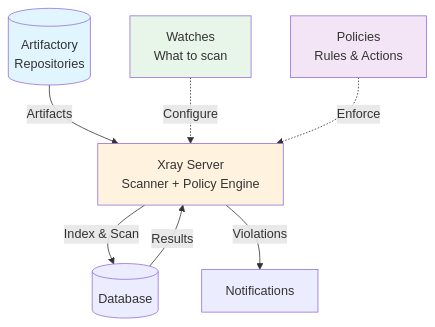
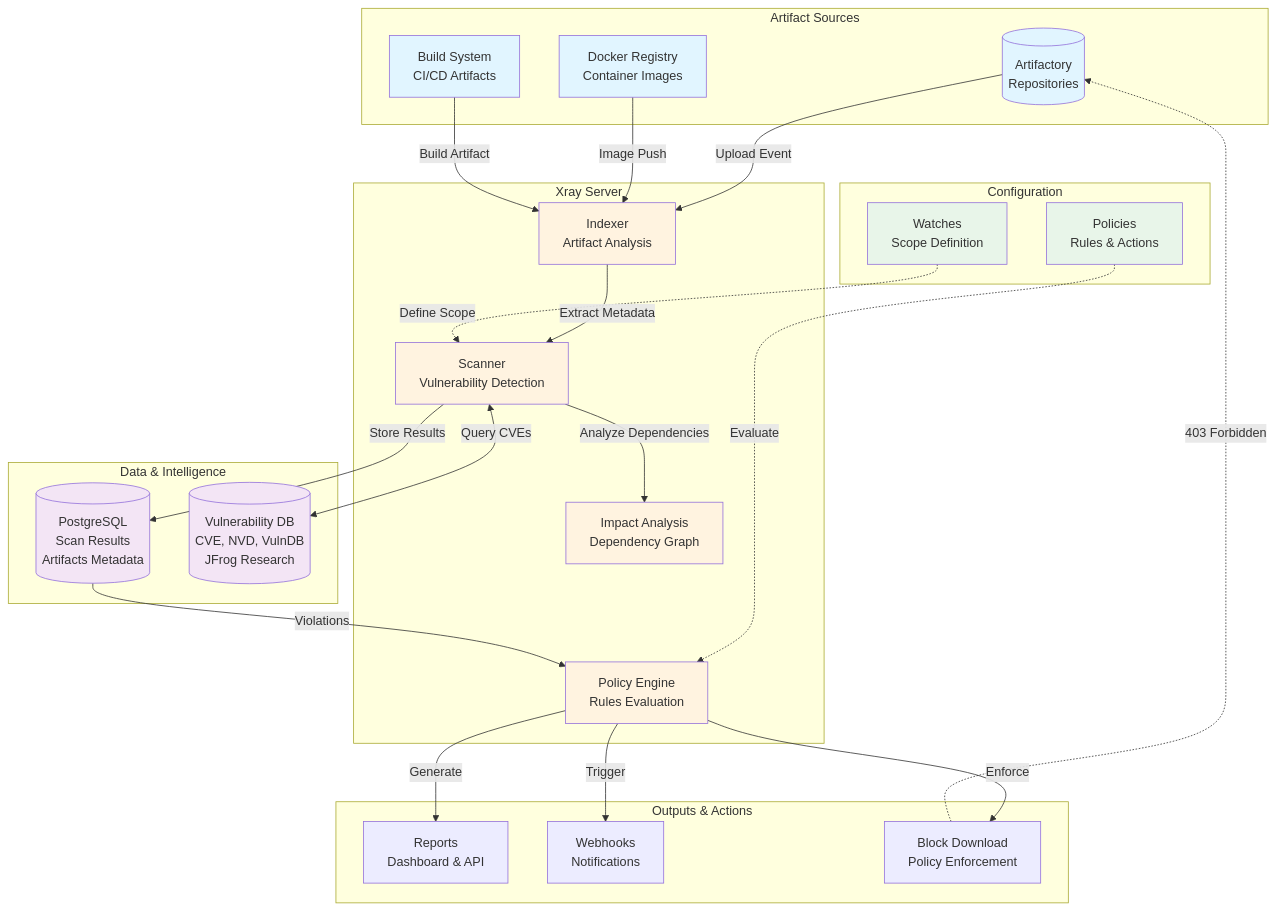
One commit to jeanparpaillon/tuto_devops_slides changed the fourth of 6 diagrams in slides/pages/dev-sonarqube-xray.md. Above: the diagram before and after it, drawn with Mermaid. The commit also changed other lines of this file, not shown here.

````diff
--- a/slides/pages/dev-sonarqube-xray.md
+++ b/slides/pages/dev-sonarqube-xray.md
@@ -770,20 +851,61 @@
 ```mermaid
 flowchart TB
-    Artifactory[(Artifactory<br/>Repositories)]
-    Xray[Xray Server<br/>Scanner + Policy Engine]
-    DB[(Database)]
-    Watches[Watches<br/>What to scan]
-    Policies[Policies<br/>Rules & Actions]
+    subgraph Sources["Artifact Sources"]
+        ArtifRepo[(Artifactory<br/>Repositories)]
+        DockerReg[Docker Registry<br/>Container Images]
+        BuildSys[Build System<br/>CI/CD Artifacts]
+    end
     
-    Artifactory -->|Artifacts| Xray
-    Xray -->|Index & Scan| DB
-    DB -->|Results| Xray
-    Watches -.->|Configure| Xray
-    Policies -.->|Enforce| Xray
-    Xray -->|Violations| Notify[Notifications]
+    subgraph XrayCore["Xray Server"]
+        Indexer[Indexer<br/>Artifact Analysis]
+        Scanner[Scanner<br/>Vulnerability Detection]
+        PolicyEngine[Policy Engine<br/>Rules Evaluation]
+        ImpactGraph[Impact Analysis<br/>Dependency Graph]
+    end
     
-    style Artifactory fill:#e1f5ff
-    style Xray fill:#fff3e0
+    subgraph Data["Data & Intelligence"]
+        DB[(PostgreSQL<br/>Scan Results<br/>Artifacts Metadata)]
+        VulnDB[(Vulnerability DB<br/>CVE, NVD, VulnDB<br/>JFrog Research)]
+    end
+    
+    subgraph Config["Configuration"]
+        Watches[Watches<br/>Scope Definition]
+        Policies[Policies<br/>Rules & Actions]
+    end
+    
+    subgraph Output["Outputs & Actions"]
+        Reports[Reports<br/>Dashboard & API]
+        Webhooks[Webhooks<br/>Notifications]
+        BlockDL[Block Download<br/>Policy Enforcement]
+    end
+    
+    ArtifRepo -->|Upload Event| Indexer
+    DockerReg -->|Image Push| Indexer
+    BuildSys -->|Build Artifact| Indexer
+    
+    Indexer -->|Extract Metadata| Scanner
+    Scanner <-->|Query CVEs| VulnDB
+    Scanner -->|Store Results| DB
+    Scanner -->|Analyze Dependencies| ImpactGraph
+    
+    Watches -.->|Define Scope| Scanner
+    Policies -.->|Evaluate| PolicyEngine
+    DB -->|Violations| PolicyEngine
+    
+    PolicyEngine -->|Generate| Reports
+    PolicyEngine -->|Trigger| Webhooks
+    PolicyEngine -->|Enforce| BlockDL
+    BlockDL -.->|403 Forbidden| ArtifRepo
+    
+    style ArtifRepo fill:#e1f5ff
+    style DockerReg fill:#e1f5ff
+    style BuildSys fill:#e1f5ff
+    style Indexer fill:#fff3e0
+    style Scanner fill:#fff3e0
+    style PolicyEngine fill:#fff3e0
+    style ImpactGraph fill:#fff3e0
     style Watches fill:#e8f5e9
-    style Policies fill:#f3e5f5
+    style Policies fill:#e8f5e9
+    style DB fill:#f3e5f5
+    style VulnDB fill:#f3e5f5
 ```
````
